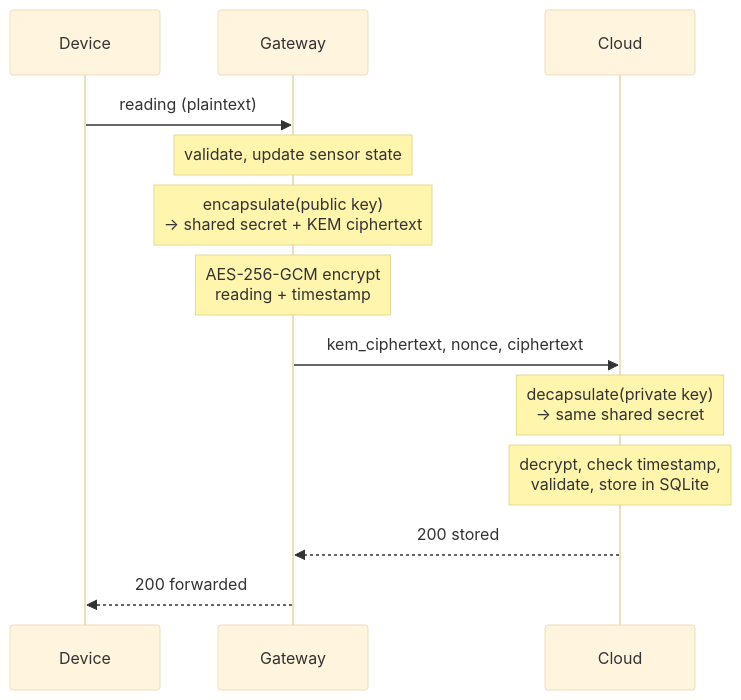
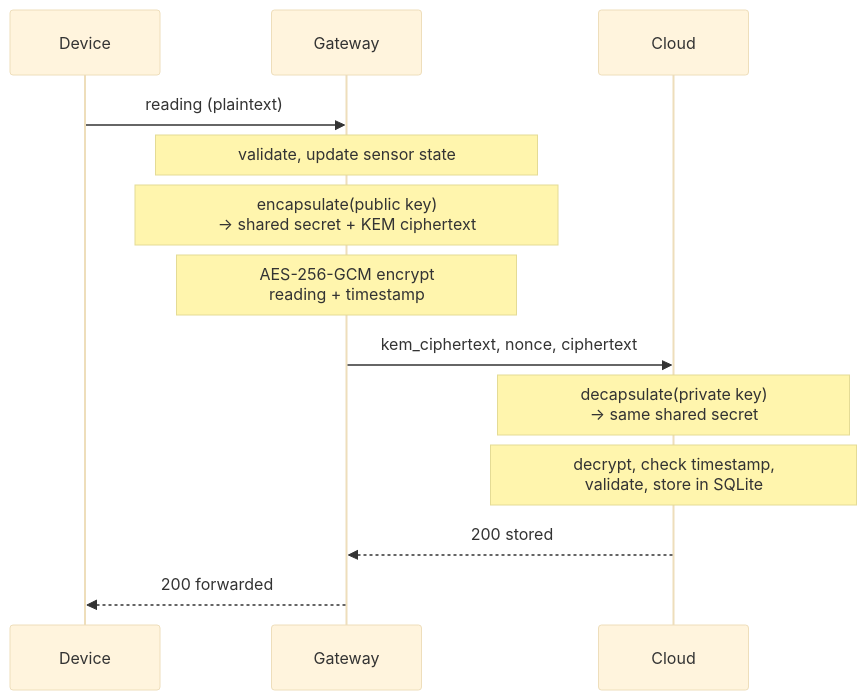
The diagram in diagrams/protected-reading.mmd (stanleyrihak/software-maintenance-project--documentation), drawn with Mermaid (base theme) before and after one commit. The commit also changed 13 other files, not shown here.

```diff
--- a/diagrams/protected-reading.mmd
+++ b/diagrams/protected-reading.mmd
@@ -1,13 +1,13 @@
 sequenceDiagram
     participant D as Device
     participant G as Gateway
     participant C as Cloud
     D->>G: reading (plaintext)
-    Note over G: validate, update sensor state
-    Note over G: encapsulate(public key)<br/>→ shared secret + KEM ciphertext
-    Note over G: AES-256-GCM encrypt<br/>reading + timestamp
+    Note over G: #nbsp;validate, update sensor state#nbsp;
+    Note over G: #nbsp;encapsulate(public key)#nbsp;<br/>#nbsp;→ shared secret + KEM ciphertext#nbsp;
+    Note over G: #nbsp;AES-256-GCM encrypt#nbsp;<br/>#nbsp;reading + timestamp#nbsp;
     G->>C: kem_ciphertext, nonce, ciphertext
-    Note over C: decapsulate(private key)<br/>→ same shared secret
-    Note over C: decrypt, check timestamp,<br/>validate, store in SQLite
+    Note over C: #nbsp;decapsulate(private key)#nbsp;<br/>#nbsp;→ same shared secret#nbsp;
+    Note over C: #nbsp;decrypt, check timestamp,#nbsp;<br/>#nbsp;validate, store in SQLite#nbsp;
     C-->>G: 200 stored
     G-->>D: 200 forwarded
```
